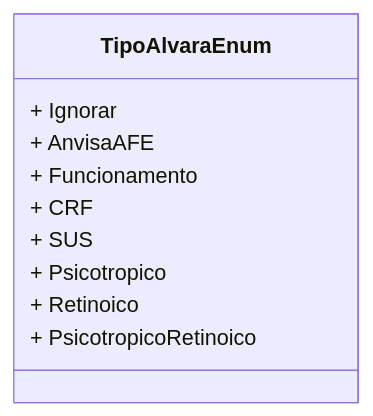
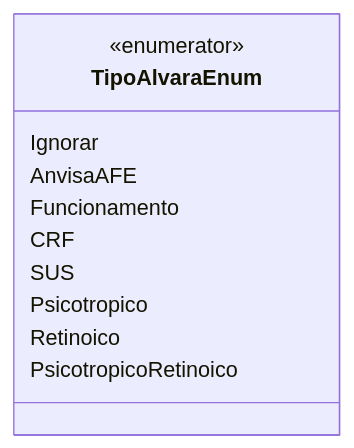
One commit to IsthmusSistemas/documentacao-tecnica changed the diagram in docs/b2b-dominio/IsthmusWinthor.Nucleo/IsthmusWinthor.Dominio/Enumeradores/TipoAlvaraEnum.md. Above: the diagram before and after it, drawn with Mermaid. The commit also changed other lines of this file and 882 other files, not shown here.

````diff
--- a/docs/b2b-dominio/IsthmusWinthor.Nucleo/IsthmusWinthor.Dominio/Enumeradores/TipoAlvaraEnum.md
+++ b/docs/b2b-dominio/IsthmusWinthor.Nucleo/IsthmusWinthor.Dominio/Enumeradores/TipoAlvaraEnum.md
@@ -11,13 +14,14 @@
 ```mermaid
 classDiagram
     class TipoAlvaraEnum {
-        + Ignorar
-        + AnvisaAFE
-        + Funcionamento
-        + CRF
-        + SUS
-        + Psicotropico
-        + Retinoico
-        + PsicotropicoRetinoico
+        <<enumerator>>
+        Ignorar
+        AnvisaAFE
+        Funcionamento
+        CRF
+        SUS
+        Psicotropico
+        Retinoico
+        PsicotropicoRetinoico
     }
 ```
````
